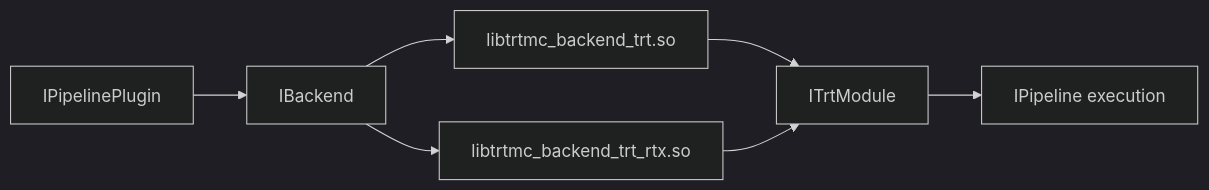
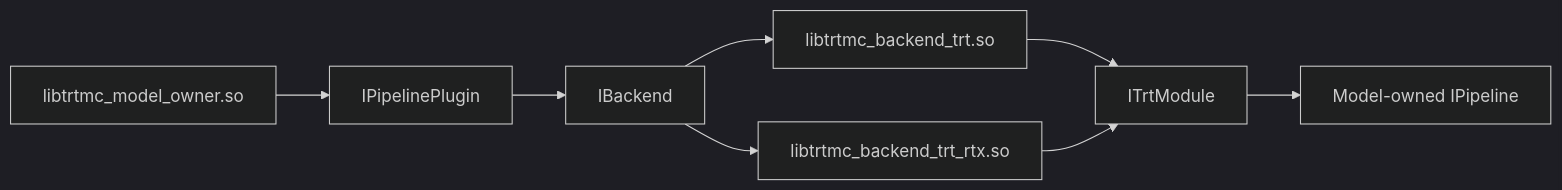
One commit to AbishekCoder1/TensorRT-Model-Connect changed the second of 2 diagrams in website/docs/architecture/runtime-plugins.md. Above: the diagram before and after it, drawn with Mermaid (dark theme). The commit also changed other lines of this file and 83 other files, not shown here.

````diff
--- a/website/docs/architecture/runtime-plugins.md
+++ b/website/docs/architecture/runtime-plugins.md
@@ -114,9 +148,10 @@
 ```mermaid
 flowchart LR
-  Plugin["IPipelinePlugin"] --> Backend["IBackend"]
+  ModelDSO["libtrtmc_model_owner.so"] --> Plugin["IPipelinePlugin"]
+  Plugin --> Backend["IBackend"]
   Backend --> Standard["libtrtmc_backend_trt.so"]
   Backend --> RTX["libtrtmc_backend_trt_rtx.so"]
   Standard --> Module["ITrtModule"]
   RTX --> Module
-  Module --> Pipeline["IPipeline execution"]
+  Module --> Pipeline["Model-owned IPipeline"]
 ```
````
